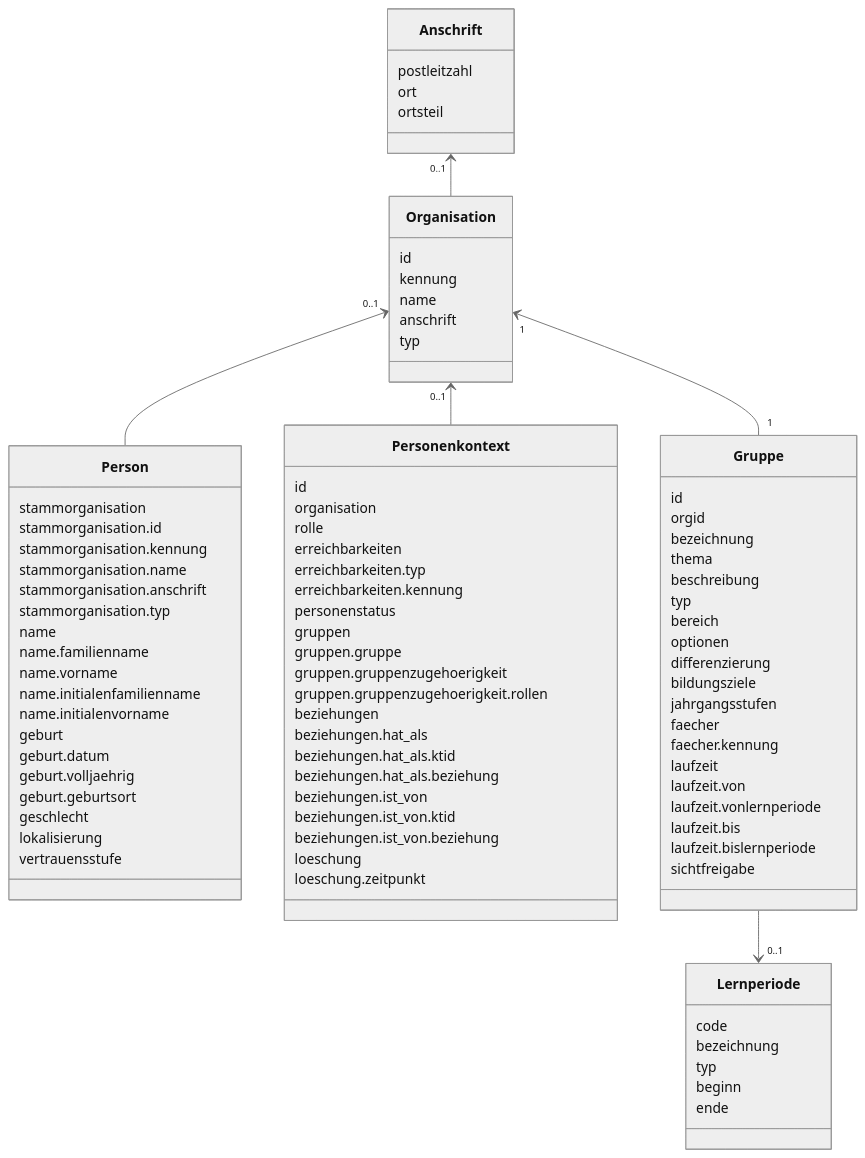
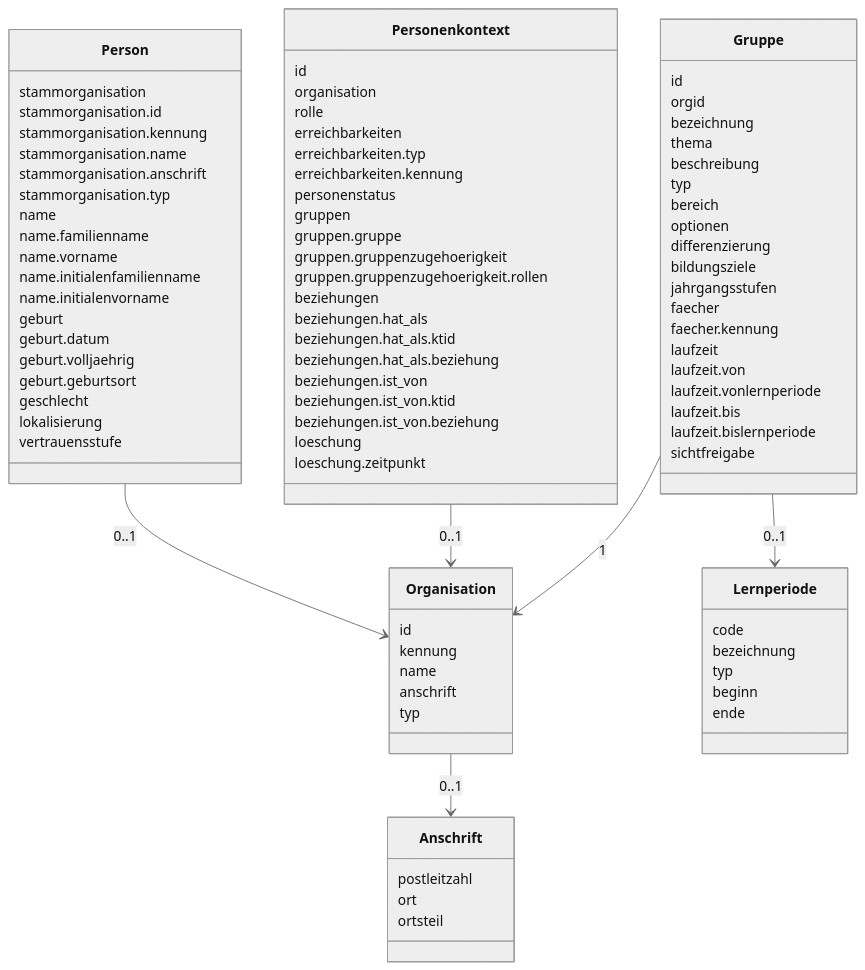
One commit to Schulconnex/Schulconnex changed the diagram in docs/angepasstes-datenmodell/angepasstes-datenmodell.md. Above: the diagram before and after it, drawn with Mermaid (neutral theme).

Commit message:
Nutze lesbarere Pfeilbeschr im Diagramm

````diff
--- a/docs/angepasstes-datenmodell/angepasstes-datenmodell.md
+++ b/docs/angepasstes-datenmodell/angepasstes-datenmodell.md
@@ -32,10 +32,10 @@
 ```mermaid
 classDiagram
-  Organisation "0..1" <-- Person
-  Organisation "0..1" <-- Personenkontext
-  Anschrift "0..1" <-- Organisation
-  Organisation "1" <-- "1" Gruppe
-  Gruppe --> "0..1" Lernperiode
+  Person --> Organisation : 0..1
+  Personenkontext --> Organisation : 0..1
+  Organisation --> Anschrift : 0..1
+  Gruppe --> Organisation : 1
+  Gruppe --> Lernperiode : 0..1
   class Person {
     stammorganisation
     stammorganisation.id
````
